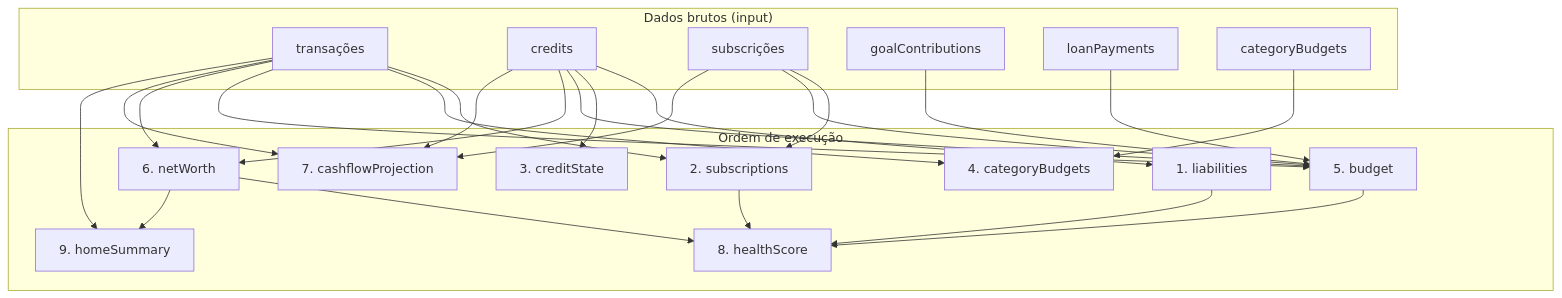
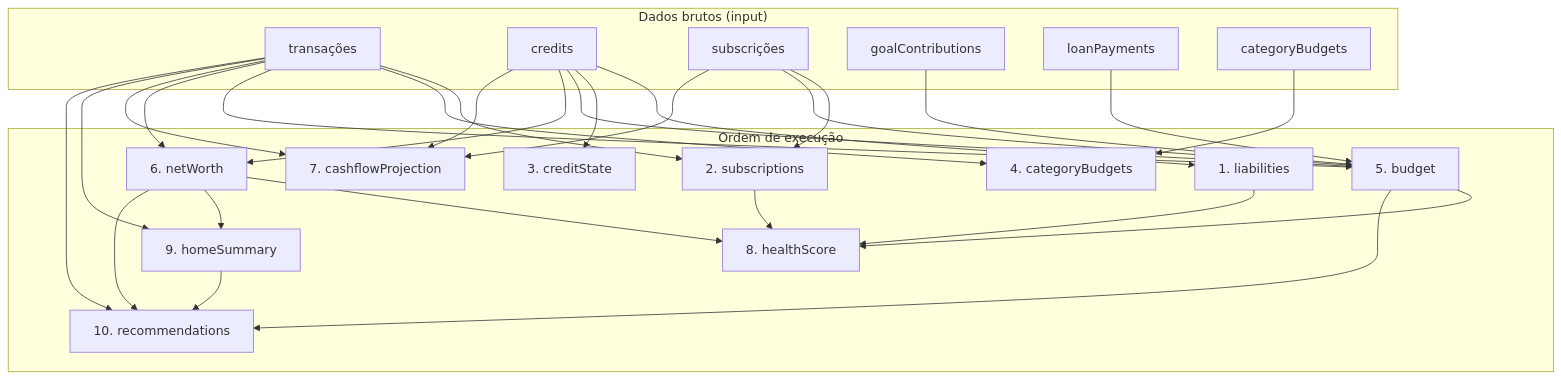
One commit to CentFlowLab/CentFlow changed the diagram in lib/domain/financial/README.md. Above: the diagram before and after it, drawn with Mermaid. The commit also changed other lines of this file and 20 other files, not shown here.

````diff
--- a/lib/domain/financial/README.md
+++ b/lib/domain/financial/README.md
@@ -28,46 +28,51 @@
 ```mermaid
 flowchart TD
   subgraph primitivos["Dados brutos (input)"]
     TX[transações]
     CR[credits]
     SUB[subscrições]
     GC[goalContributions]
     LP[loanPayments]
     CB[categoryBudgets]
   end
 
   subgraph passos["Ordem de execução"]
     L[1. liabilities]
     S[2. subscriptions]
     CC[3. creditState]
     CAT[4. categoryBudgets]
     B[5. budget]
     NW[6. netWorth]
     CF[7. cashflowProjection]
     HS[8. healthScore]
     HM[9. homeSummary]
+    REC[10. recommendations]
   end
 
   CR --> L
   TX --> S
   SUB --> S
   CR --> CC
   TX --> CAT
   CB --> CAT
   TX --> B
   CR --> B
   SUB --> B
   GC --> B
   LP --> B
   TX --> NW
   CR --> NW
   TX --> CF
   CR --> CF
   SUB --> CF
   B --> HS
   NW --> HS
   L --> HS
   S --> HS
   NW --> HM
   TX --> HM
+  HM --> REC
+  B --> REC
+  NW --> REC
+  TX --> REC
 ```
````
